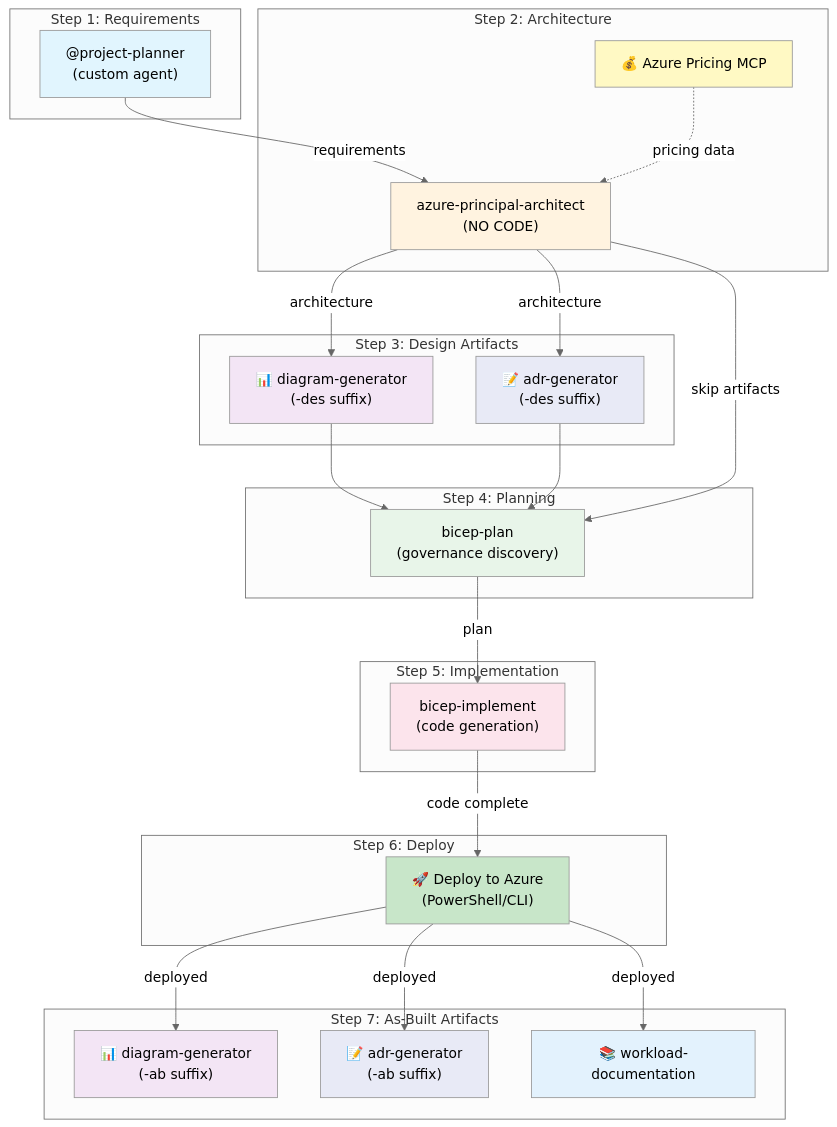
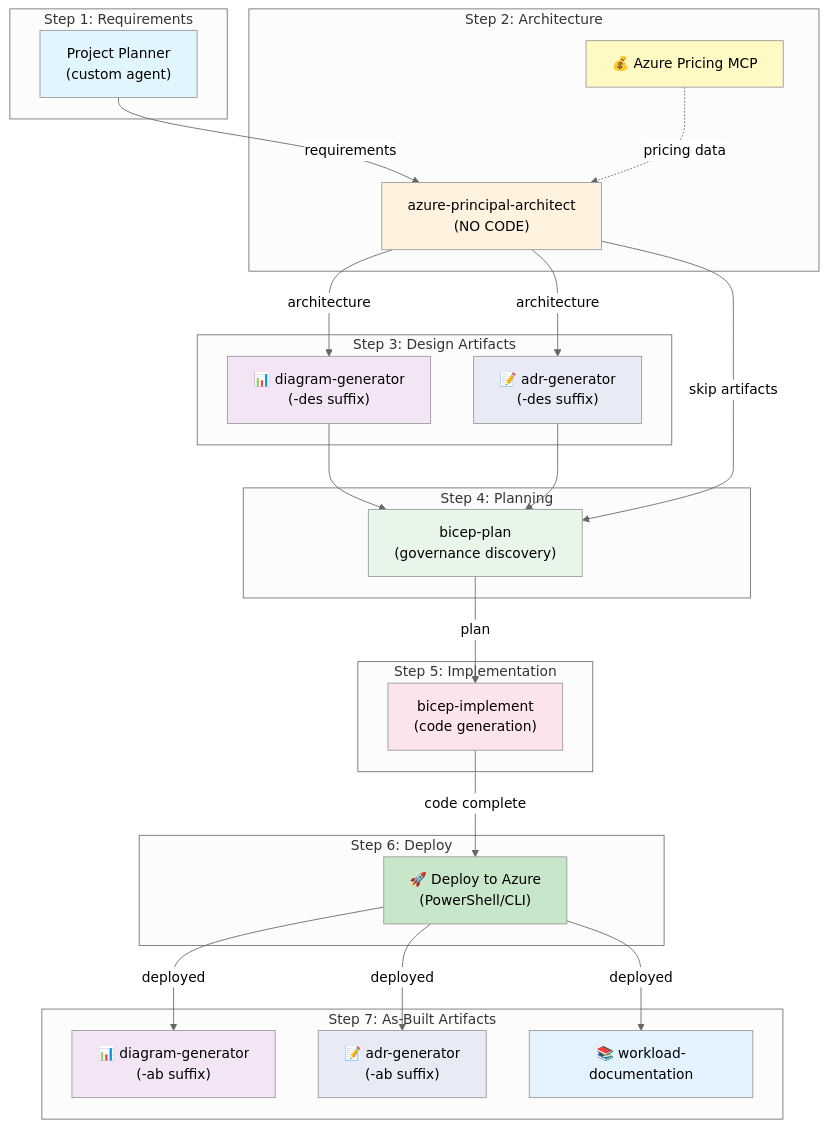
One commit to StormyDevil/azure-agentic-infraops changed the first of 2 diagrams in docs/workflow/WORKFLOW.md. Above: the diagram before and after it, drawn with Mermaid. The commit also changed other lines of this file and 42 other files, not shown here.

First line of the commit message:
docs: rename @plan agent to Project Planner across repository

````diff
--- a/docs/workflow/WORKFLOW.md
+++ b/docs/workflow/WORKFLOW.md
@@ -11,60 +27,60 @@
 ```mermaid
 %%{init: {'theme':'neutral'}}%%
 graph TB
     subgraph "Step 1: Requirements"
-        P["@project-planner<br/>(custom agent)"]
+        P["Project Planner<br/>(custom agent)"]
     end
 
     subgraph "Step 2: Architecture"
         A["azure-principal-architect<br/>(NO CODE)"]
         MCP["💰 Azure Pricing MCP"]
     end
 
     subgraph "Step 3: Design Artifacts"
         D["📊 diagram-generator<br/>(-des suffix)"]
         ADR1["📝 adr-generator<br/>(-des suffix)"]
     end
 
     subgraph "Step 4: Planning"
         B["bicep-plan<br/>(governance discovery)"]
     end
 
     subgraph "Step 5: Implementation"
         I["bicep-implement<br/>(code generation)"]
     end
 
     subgraph "Step 6: Deploy"
         DEP["🚀 Deploy to Azure<br/>(PowerShell/CLI)"]
     end
 
     subgraph "Step 7: As-Built Artifacts"
         D2["📊 diagram-generator<br/>(-ab suffix)"]
         ADR2["📝 adr-generator<br/>(-ab suffix)"]
         WL["📚 workload-documentation"]
     end
 
     P -->|"requirements"| A
     MCP -.->|"pricing data"| A
     A -->|"architecture"| D
     A -->|"architecture"| ADR1
     D --> B
     ADR1 --> B
     A -->|"skip artifacts"| B
     B -->|"plan"| I
     I -->|"code complete"| DEP
     DEP -->|"deployed"| D2
     DEP -->|"deployed"| ADR2
     DEP -->|"deployed"| WL
 
     style P fill:#e1f5fe
     style A fill:#fff3e0
     style MCP fill:#fff9c4
     style D fill:#f3e5f5
     style ADR1 fill:#e8eaf6
     style B fill:#e8f5e9
     style I fill:#fce4ec
     style DEP fill:#c8e6c9
     style D2 fill:#f3e5f5
     style ADR2 fill:#e8eaf6
     style WL fill:#e3f2fd
 ```
````
